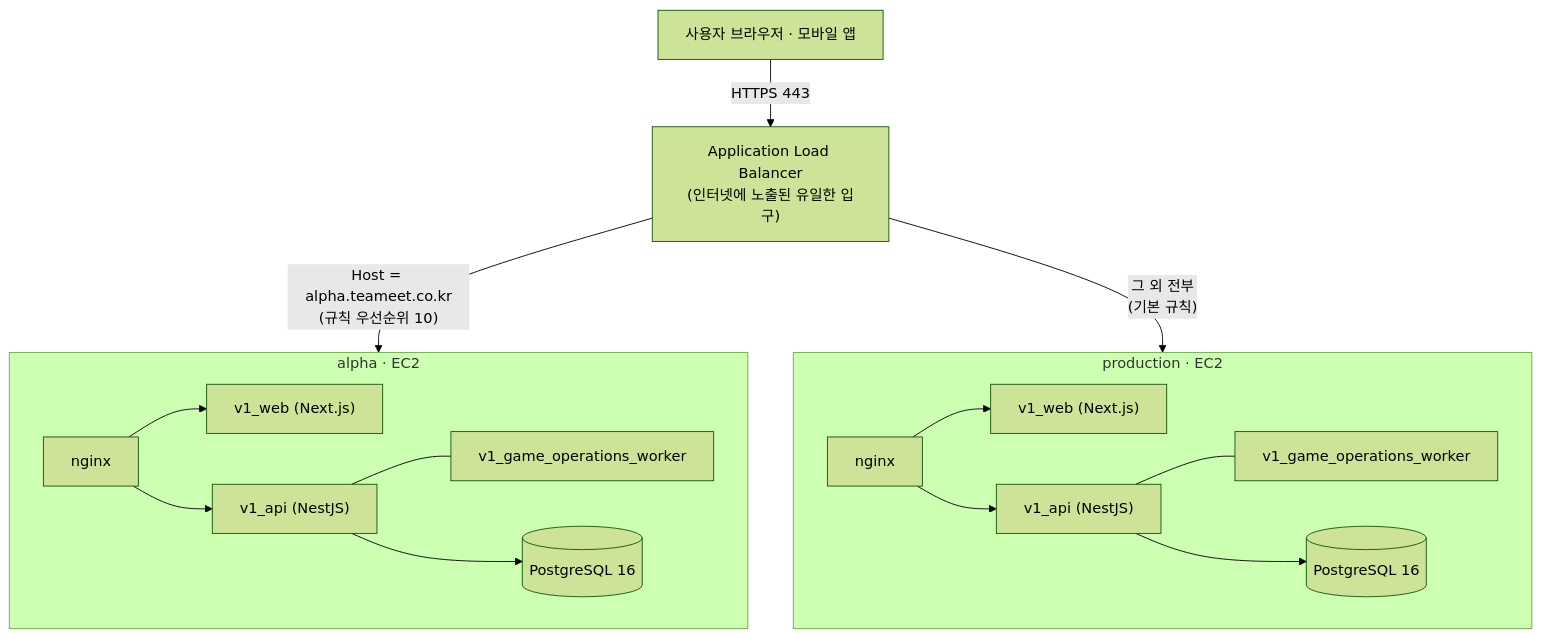
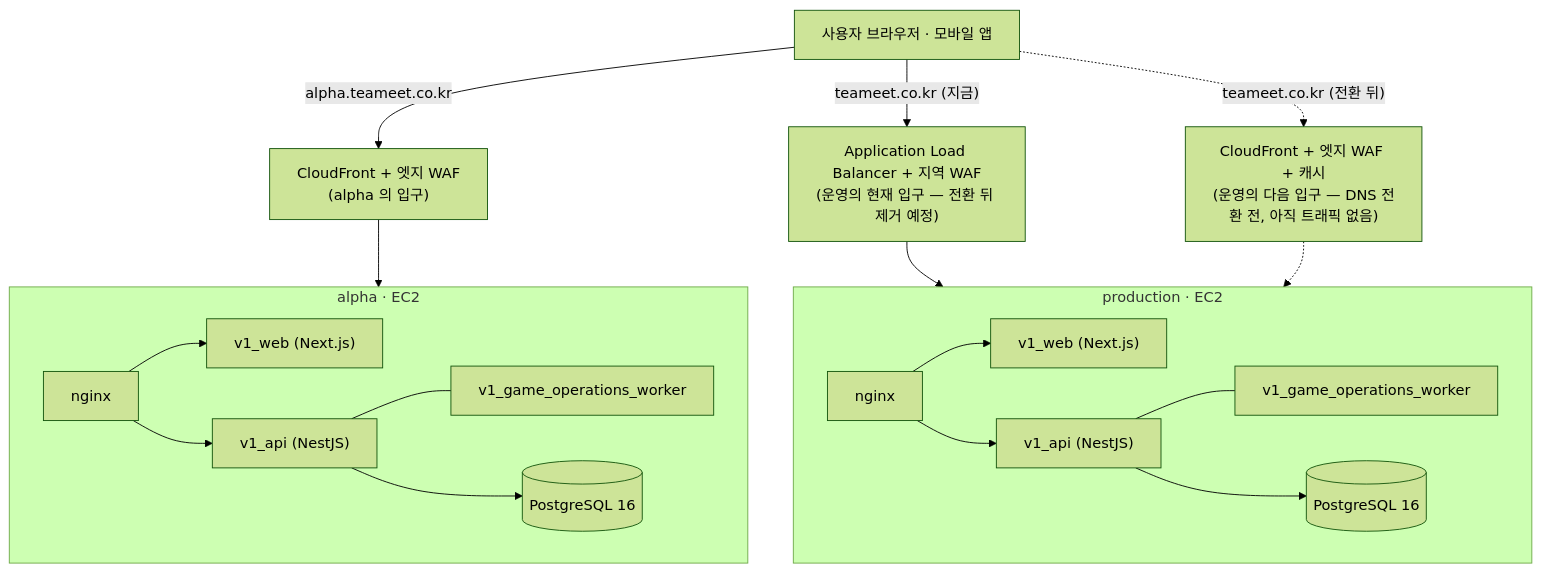
Before and after one commit to kim-song-jun/matchup-sports-platform: the first of 4 diagrams in README.md, drawn with Mermaid (forest theme). The commit also changed other lines of this file and 3 other files, not shown here.

First line of the commit message:
docs(ops): 앞단을 CloudFront 로 옮기는 중이라는 현재 상태, 캐시 설계, 전환 런북을 정리해요

````diff
--- a/README.md
+++ b/README.md
@@ -71,23 +72,25 @@
 ```mermaid
 graph TB
     U["사용자 브라우저 · 모바일 앱"]
-    ALB["Application Load Balancer<br/>(인터넷에 노출된 유일한 입구)"]
+    CFA["CloudFront + 엣지 WAF<br/>(alpha 의 입구)"]
+    ALB["Application Load Balancer + 지역 WAF<br/>(운영의 현재 입구 — 전환 뒤 제거 예정)"]
+    CFP["CloudFront + 엣지 WAF + 캐시<br/>(운영의 다음 입구 — DNS 전환 전, 아직 트래픽 없음)"]
 
-    U -->|HTTPS 443| ALB
-    ALB -->|"Host = alpha.teameet.co.kr<br/>(규칙 우선순위 10)"| A
-    ALB -->|"그 외 전부<br/>(기본 규칙)"| P
+    U -->|"alpha.teameet.co.kr"| CFA --> A
+    U -->|"teameet.co.kr (지금)"| ALB --> P
+    U -.->|"teameet.co.kr (전환 뒤)"| CFP -.-> P
 
     subgraph A["alpha · EC2"]
         AN["nginx"] --> AW["v1_web (Next.js)"]
         AN --> AA["v1_api (NestJS)"]
         AA --- AG["v1_game_operations_worker"]
         AA --> AP[("PostgreSQL 16")]
     end
 
     subgraph P["production · EC2"]
         PN["nginx"] --> PW["v1_web (Next.js)"]
         PN --> PA["v1_api (NestJS)"]
         PA --- PG["v1_game_operations_worker"]
         PA --> PP[("PostgreSQL 16")]
     end
 ```
````
